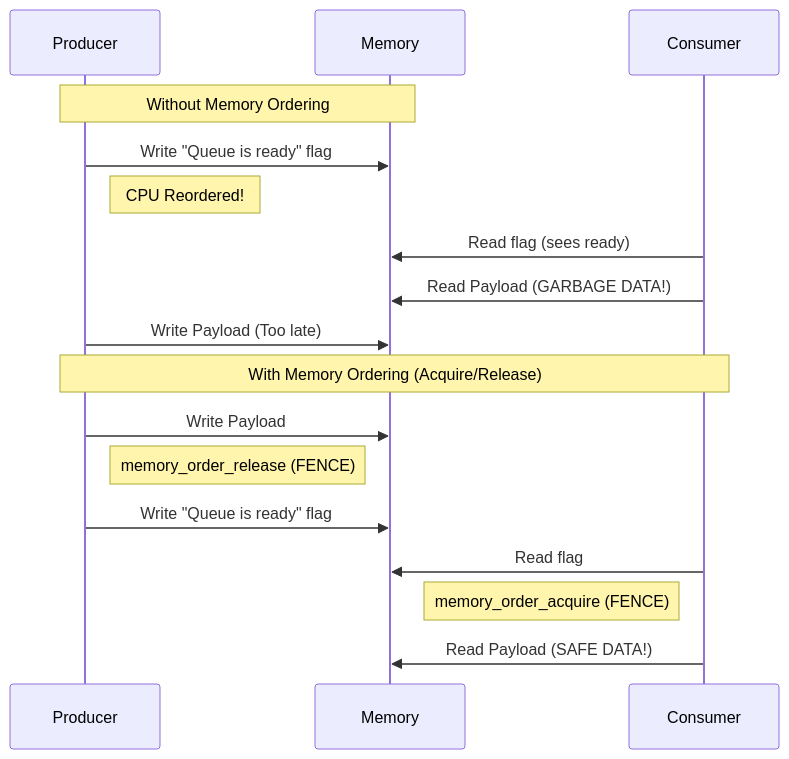
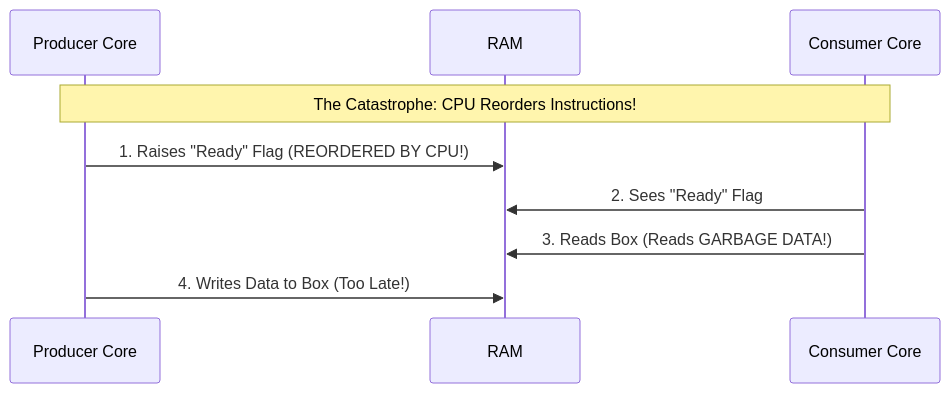
Before and after one commit to varun997vn/hft-learning: the first of 2 diagrams in docs-site/docs/software-primitives.md, drawn with Mermaid. The commit also changed other lines of this file, not shown here.

Commit message:
docs: clarify acquire-release semantics and add diagrams

````diff
--- a/docs-site/docs/software-primitives.md
+++ b/docs-site/docs/software-primitives.md
@@ -31,21 +42,12 @@
 ```mermaid
 sequenceDiagram
-    participant Producer
-    participant Memory
-    participant Consumer
+    participant Producer Core
+    participant RAM
+    participant Consumer Core
 
-    Note over Producer, Memory: Without Memory Ordering
-    Producer->>Memory: Write "Queue is ready" flag
-    Note right of Producer: CPU Reordered!
-    Consumer->>Memory: Read flag (sees ready)
-    Consumer->>Memory: Read Payload (GARBAGE DATA!)
-    Producer->>Memory: Write Payload (Too late)
-
-    Note over Producer, Consumer: With Memory Ordering (Acquire/Release)
-    Producer->>Memory: Write Payload
-    Note right of Producer: memory_order_release (FENCE)
-    Producer->>Memory: Write "Queue is ready" flag
-    Consumer->>Memory: Read flag
-    Note left of Consumer: memory_order_acquire (FENCE)
-    Consumer->>Memory: Read Payload (SAFE DATA!)
+    Note over Producer Core, Consumer Core: The Catastrophe: CPU Reorders Instructions!
+    Producer Core->>RAM: 1. Raises "Ready" Flag (REORDERED BY CPU!)
+    Consumer Core->>RAM: 2. Sees "Ready" Flag
+    Consumer Core->>RAM: 3. Reads Box (Reads GARBAGE DATA!)
+    Producer Core->>RAM: 4. Writes Data to Box (Too Late!)
 ```
````
